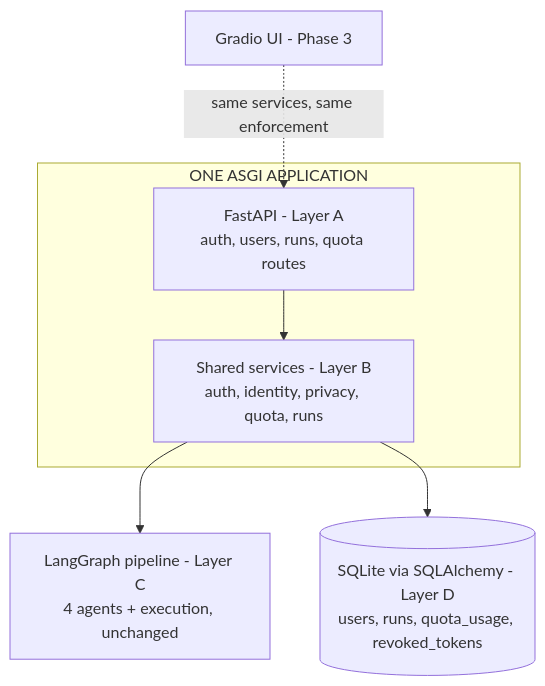
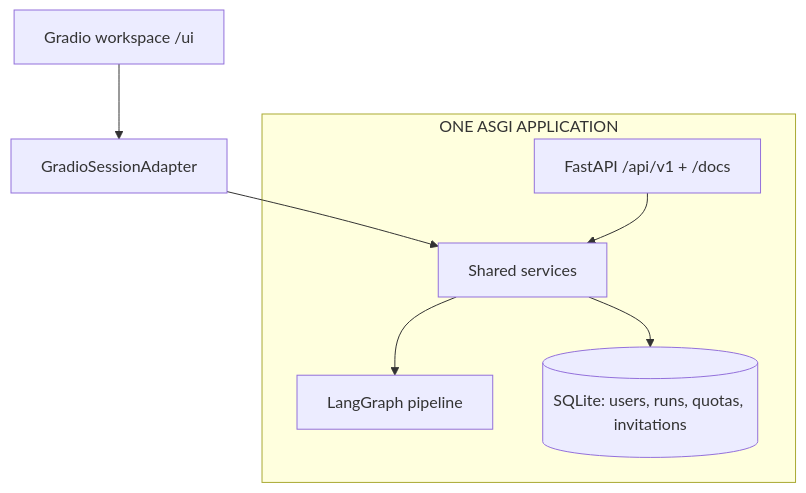
Before and after one commit to Jaxkirat/PromptOps: the first of 3 diagrams in README.md, drawn with Mermaid. The commit also changed other lines of this file and 132 other files, not shown here.

````diff
--- a/README.md
+++ b/README.md
@@ -21,9 +26,10 @@
 ```mermaid
 flowchart TD
-    G[Gradio UI - Phase 3] -.->|same services, same enforcement| F
+    G[Gradio workspace /ui] --> A[GradioSessionAdapter]
+    A --> S[Shared services]
     subgraph ONE ASGI APPLICATION
-    F[FastAPI - Layer A<br/>auth, users, runs, quota routes] --> S[Shared services - Layer B<br/>auth, identity, privacy, quota, runs]
+    F[FastAPI /api/v1 + /docs] --> S
+    S --> P[LangGraph pipeline]
+    S --> D[(SQLite: users, runs, quotas, invitations)]
     end
-    S --> P[LangGraph pipeline - Layer C<br/>4 agents + execution, unchanged]
-    S --> D[(SQLite via SQLAlchemy - Layer D<br/>users, runs, quota_usage, revoked_tokens)]
 ```
````
